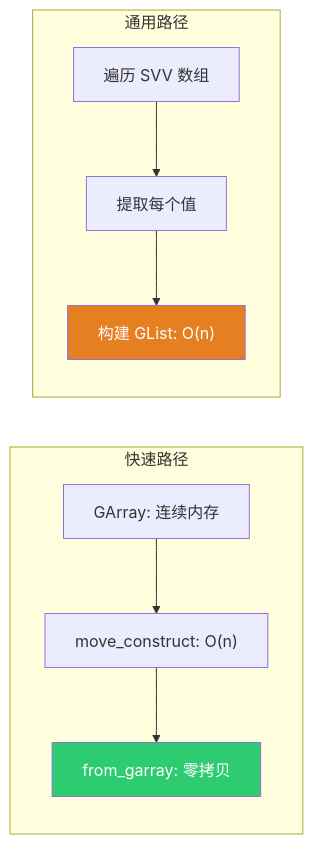
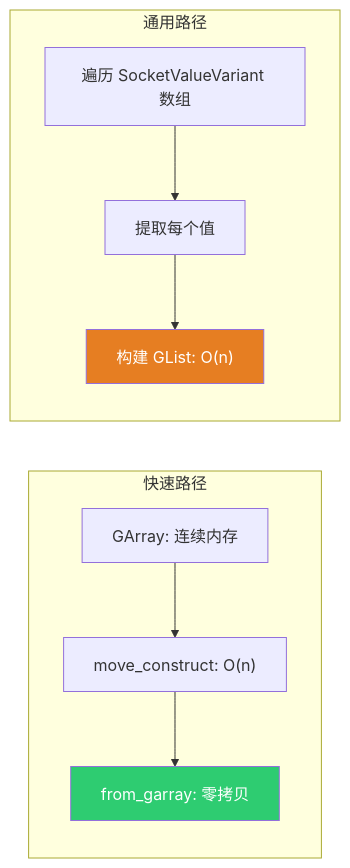
Before and after one commit to yunkezengren/blender-.vscode: diagram 19 of 34 in 杂/markdown/几何节点-列表/09-ClosureToList节点.md, drawn with Mermaid. The commit also changed other lines of this file and 8 other files, not shown here.

````diff
--- a/杂/markdown/几何节点-列表/09-ClosureToList节点.md
+++ b/杂/markdown/几何节点-列表/09-ClosureToList节点.md
@@ -1185,14 +1185,14 @@
 ```mermaid
 graph LR
     subgraph "快速路径"
         FP1["GArray: 连续内存"] --> FP2["move_construct: O(n)"]
         FP2 --> FP3["from_garray: 零拷贝"]
     end
 
     subgraph "通用路径"
-        SP1["遍历 SVV 数组"] --> SP2["提取每个值"] --> SP3["构建 GList: O(n)"]
+        SP1["遍历 SocketValueVariant 数组"] --> SP2["提取每个值"] --> SP3["构建 GList: O(n)"]
     end
 
     style FP3 fill:#2ecc71,color:#fff
     style SP3 fill:#e67e22,color:#fff
 ```
````
